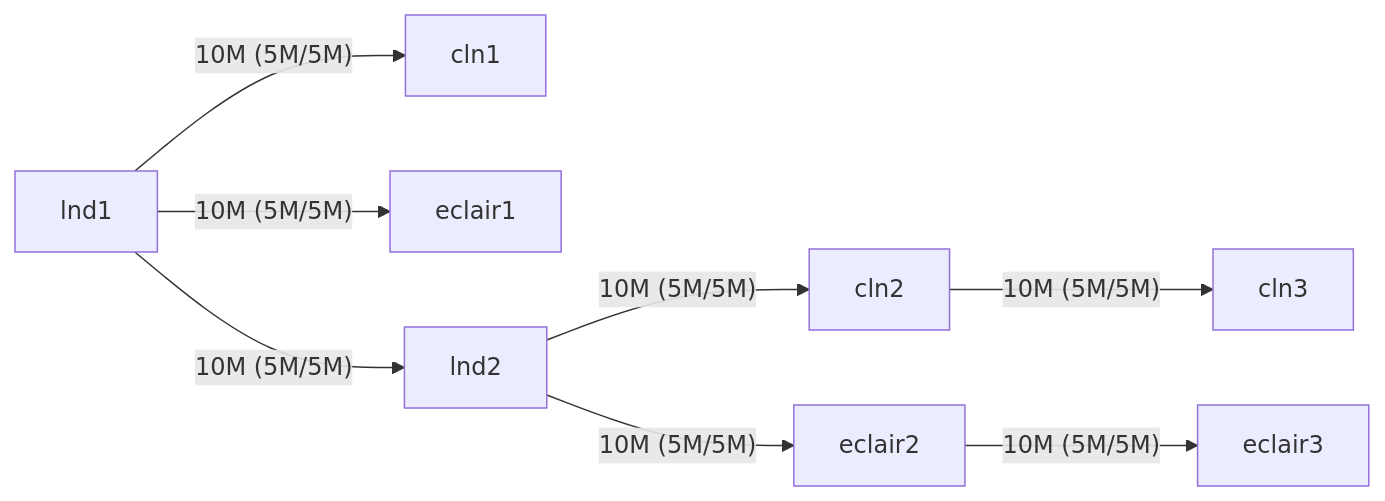
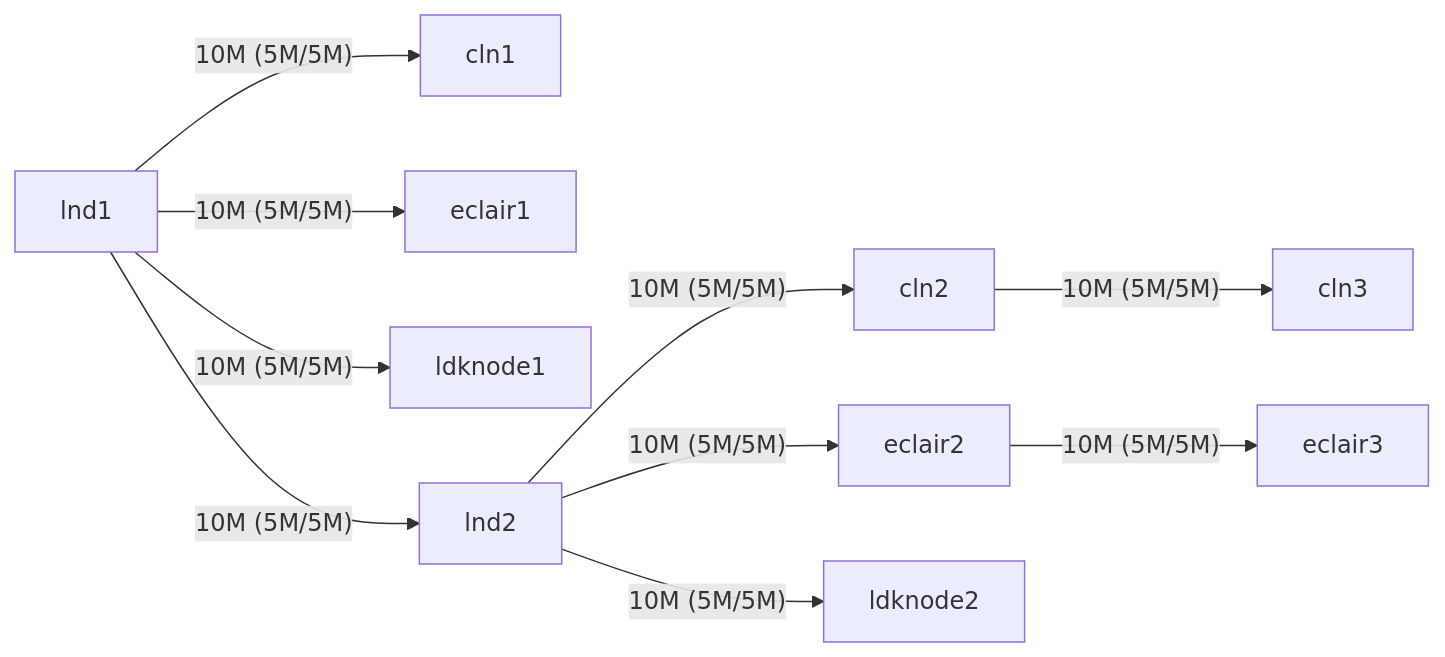
The diagram in README.md (LN-Zap/bolt12-playground), drawn with Mermaid before and after one commit. The commit also changed other lines of this file and 6 other files, not shown here.

````diff
--- a/README.md
+++ b/README.md
@@ -51,10 +52,12 @@
 ```mermaid
 graph LR
     lnd1 --10M (5M/5M)--> cln1
     lnd1 --10M (5M/5M)--> eclair1
+    lnd1 --10M (5M/5M)--> ldknode1
     lnd1 --10M (5M/5M)--> lnd2
     lnd2 --10M (5M/5M)--> cln2
     lnd2 --10M (5M/5M)--> eclair2
+    lnd2 --10M (5M/5M)--> ldknode2
     cln2 --10M (5M/5M)--> cln3
     eclair2 --10M (5M/5M)--> eclair3
 ```
````
